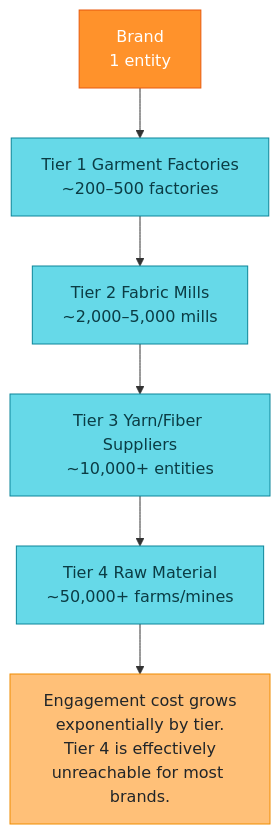
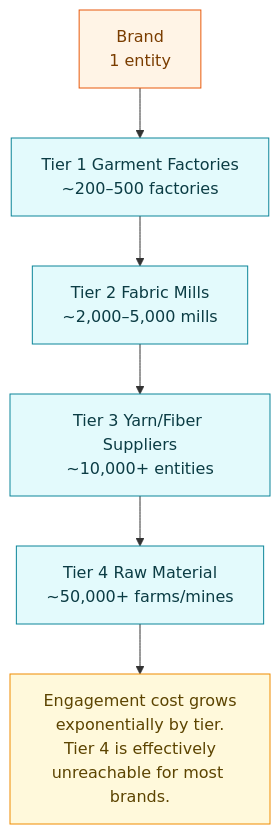
Before and after one commit to co3org/Scope3-Challenge: the fourth of 9 diagrams in docs/03_industry_case_studies.md, drawn with Mermaid. The commit also changed other lines of this file and 11 other files, not shown here.

First line of the commit message:
Soft diagram palette and trim text-wall node labels

````diff
--- a/docs/03_industry_case_studies.md
+++ b/docs/03_industry_case_studies.md
@@ -207,21 +207,21 @@
 ```mermaid
     flowchart TD
-    classDef s1 fill:#ff922b,stroke:#e8590c,color:#fff;
-    classDef up fill:#66d9e8,stroke:#0c8599,color:#0b3c44;
-    classDef warn fill:#ffc078,stroke:#f08c00,color:#212529;
+    classDef s1 fill:#fff4e6,stroke:#e8590c,color:#7a3d00;
+    classDef up fill:#e3fafc,stroke:#0c8599,color:#0b3c44;
+    classDef warn fill:#fff9db,stroke:#f08c00,color:#5c4400;
 
     Brand["Brand\n1 entity"]
     T1["Tier 1 Garment Factories\n~200–500 factories"]
     T2["Tier 2 Fabric Mills\n~2,000–5,000 mills"]
     T3["Tier 3 Yarn/Fiber Suppliers\n~10,000+ entities"]
     T4["Tier 4 Raw Material\n~50,000+ farms/mines"]
 
     Brand --> T1 --> T2 --> T3 --> T4
 
     note["Engagement cost grows\nexponentially by tier.\nTier 4 is effectively\nunreachable for most brands."]
     T4 --> note
 
     class Brand s1;
     class T1,T2,T3,T4 up;
     class note warn;
 ```
````
